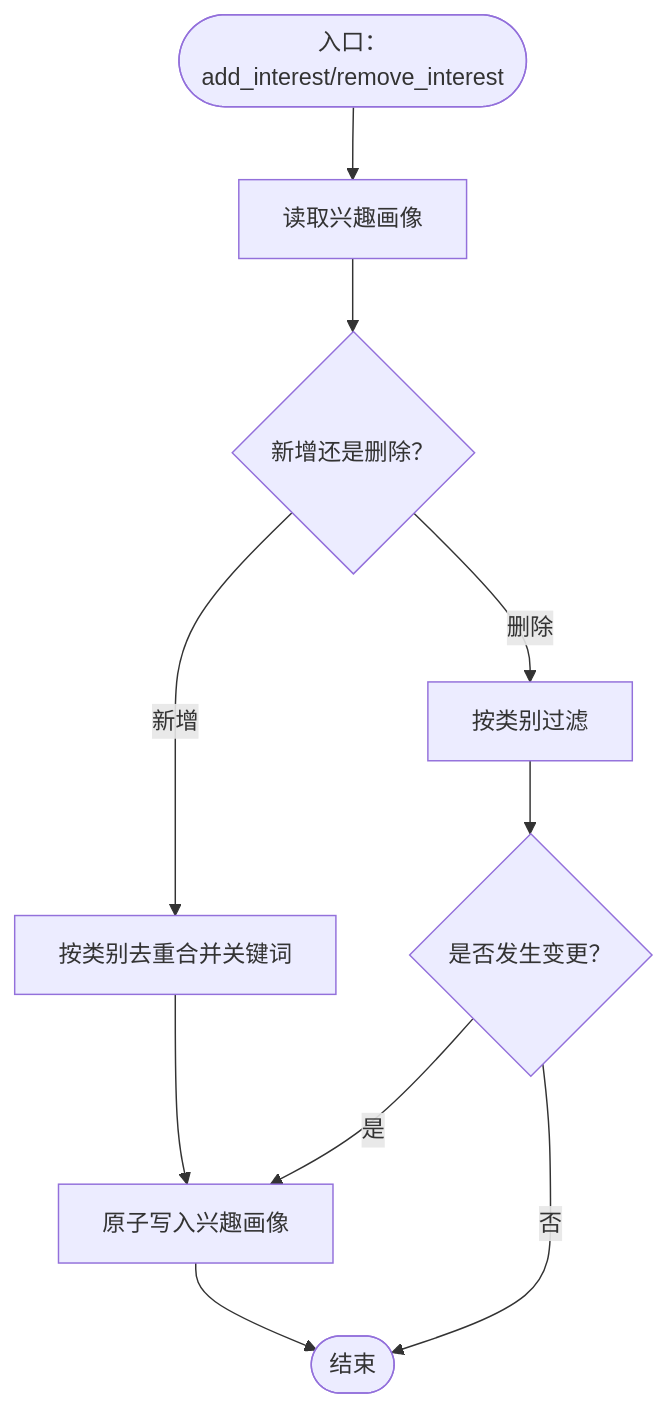
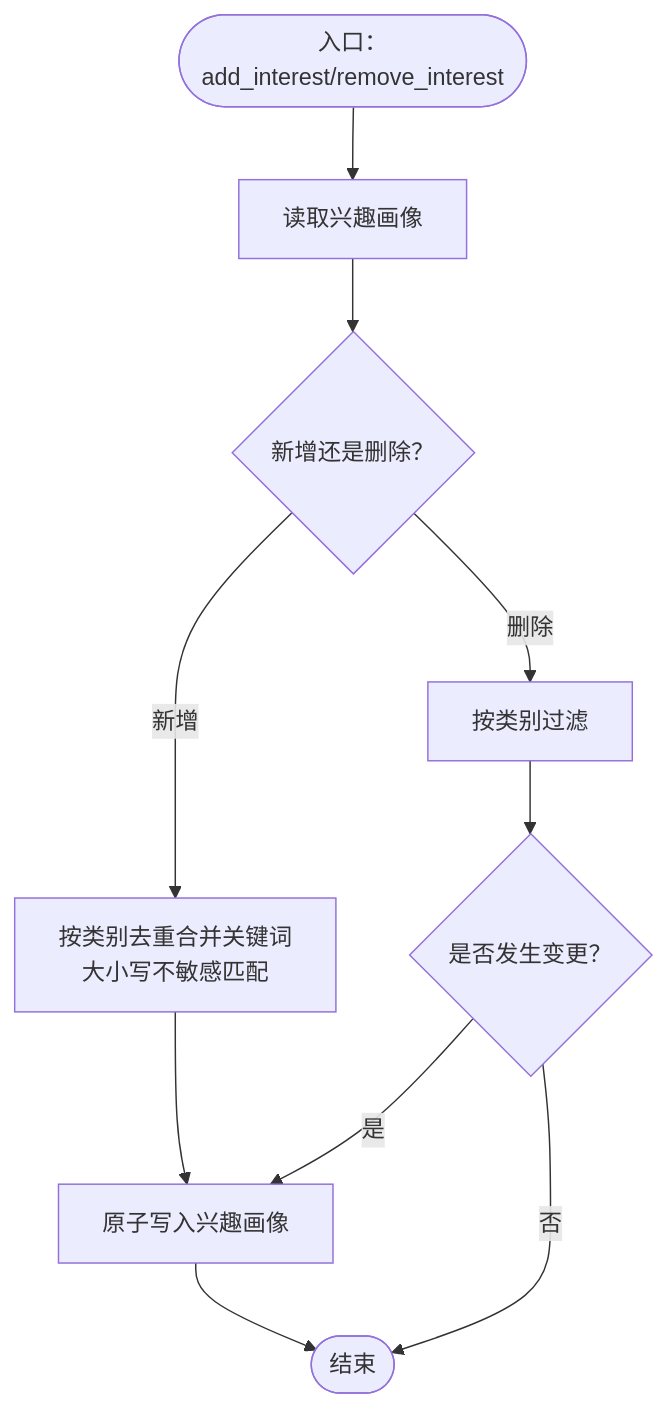
One commit to 1173591564/academic-based-qoder changed the third of 9 diagrams in .qoder/repowiki/zh/content/Python后端系统/研究循环引擎.md. Above: the diagram before and after it, drawn with Mermaid. The commit also changed other lines of this file and 68 other files, not shown here.

````diff
--- a/.qoder/repowiki/zh/content/Python后端系统/研究循环引擎.md
+++ b/.qoder/repowiki/zh/content/Python后端系统/研究循环引擎.md
@@ -165,12 +179,12 @@
 ```mermaid
 flowchart TD
 Start(["入口：add_interest/remove_interest"]) --> Load["读取兴趣画像"]
 Load --> Decision{"新增还是删除？"}
-Decision --> |新增| Dedup["按类别去重合并关键词"]
+Decision --> |新增| Dedup["按类别去重合并关键词<br/>大小写不敏感匹配"]
 Dedup --> Save["原子写入兴趣画像"]
 Decision --> |删除| Filter["按类别过滤"]
 Filter --> Changed{"是否发生变更？"}
 Changed --> |是| Save
 Changed --> |否| End(["结束"])
 Save --> End
 ```
````
